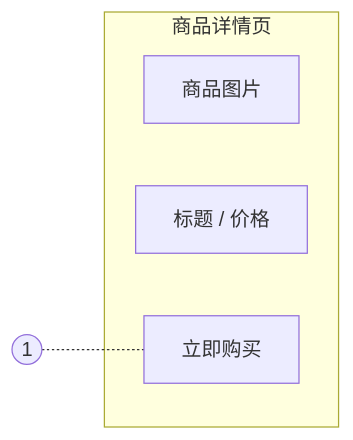
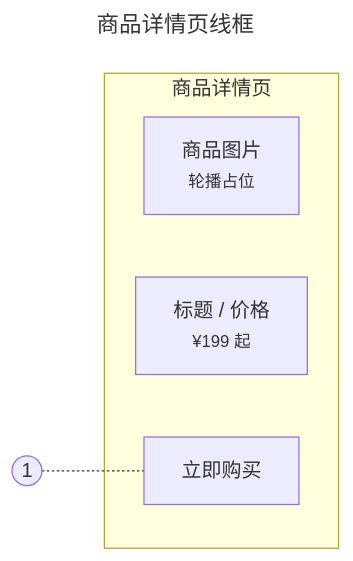
One commit to huang-hee/diagram-kit changed the fourth of 5 diagrams in references/types-product.md. Above: the diagram before and after it, drawn with Mermaid. The commit also changed other lines of this file and 248 other files, not shown here.

First line of the commit message:
feat: 示例按统一风格重做，补齐 42 张 drawio 整图示例，默认工具改为 drawio

````diff
--- a/references/types-product.md
+++ b/references/types-product.md
@@ -145,10 +151,13 @@
 ```mermaid
+---
+title: 商品详情页线框
+---
 flowchart LR
   subgraph PAGE[商品详情页]
-    IMG[商品图片]:::block
-    INFO[标题 / 价格]:::component
+    IMG["商品图片<br><small>轮播占位</small>"]:::block
+    INFO["标题 / 价格<br><small>¥199 起</small>"]:::component
     BTN[立即购买]:::primaryBtn
   end
   M1((1)):::marker -.- BTN
   class PAGE canvas
 ```
````
